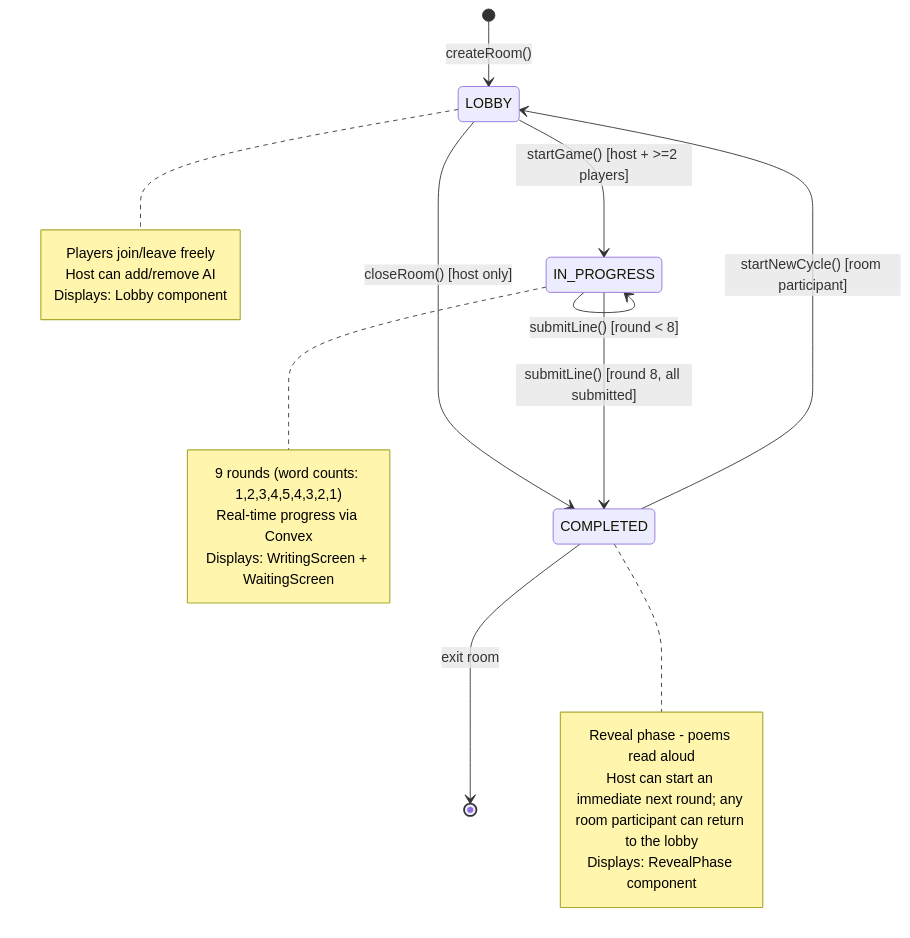
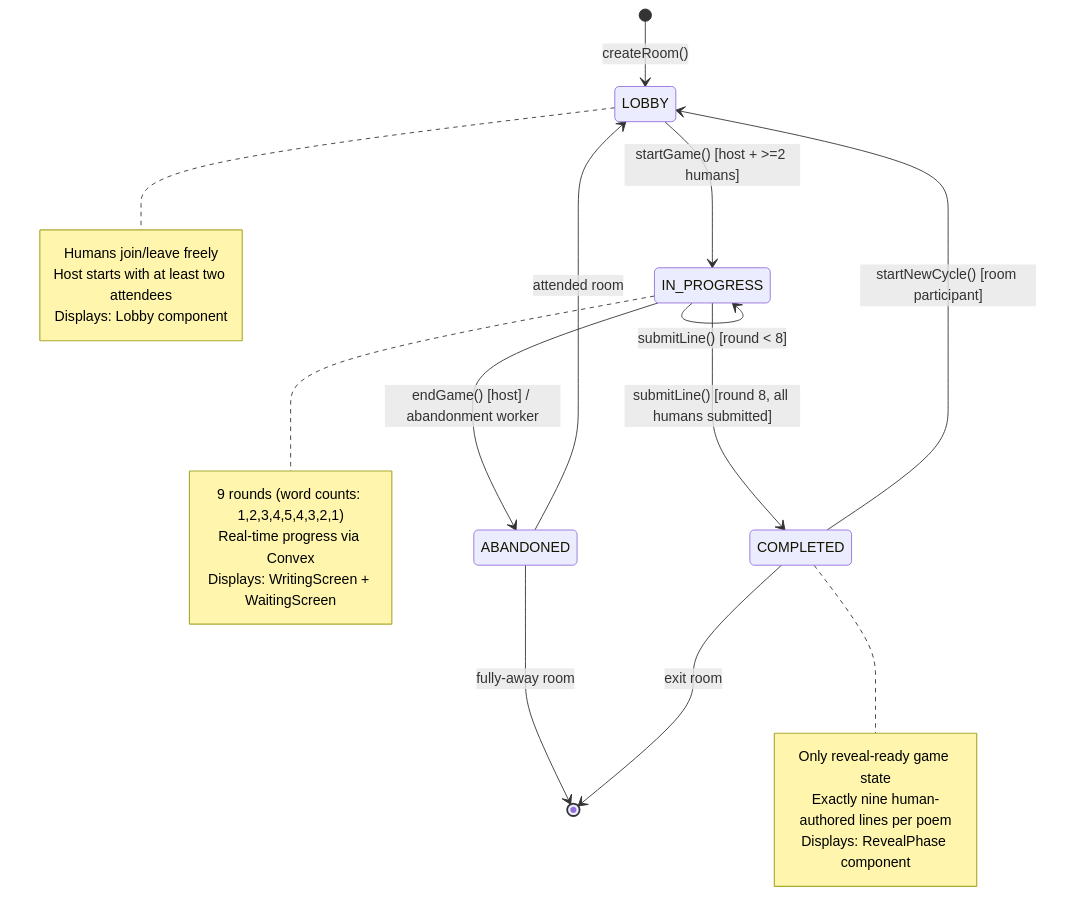
Before and after one commit to misty-step/linejam: the first of 6 diagrams in docs/state-diagrams.md, drawn with Mermaid. The commit also changed other lines of this file and 126 other files, not shown here.

````diff
--- a/docs/state-diagrams.md
+++ b/docs/state-diagrams.md
@@ -9,31 +9,33 @@
 ```mermaid
 stateDiagram-v2
     [*] --> LOBBY : createRoom()
 
-    LOBBY --> IN_PROGRESS : startGame() [host + >=2 players]
-    LOBBY --> COMPLETED : closeRoom() [host only]
+    LOBBY --> IN_PROGRESS : startGame() [host + >=2 humans]
 
     IN_PROGRESS --> IN_PROGRESS : submitLine() [round < 8]
-    IN_PROGRESS --> COMPLETED : submitLine() [round 8, all submitted]
+    IN_PROGRESS --> COMPLETED : submitLine() [round 8, all humans submitted]
+    IN_PROGRESS --> ABANDONED : endGame() [host] / abandonment worker
 
+    ABANDONED --> LOBBY : attended room
+    ABANDONED --> [*] : fully-away room
     COMPLETED --> LOBBY : startNewCycle() [room participant]
     COMPLETED --> [*] : exit room
 
     note right of LOBBY
-        Players join/leave freely
-        Host can add/remove AI
+        Humans join/leave freely
+        Host starts with at least two attendees
         Displays: Lobby component
     end note
 
     note right of IN_PROGRESS
         9 rounds (word counts: 1,2,3,4,5,4,3,2,1)
         Real-time progress via Convex
         Displays: WritingScreen + WaitingScreen
     end note
 
     note right of COMPLETED
-        Reveal phase - poems read aloud
-        Host can start an immediate next round; any room participant can return to the lobby
+        Only reveal-ready game state
+        Exactly nine human-authored lines per poem
         Displays: RevealPhase component
     end note
 ```
````
